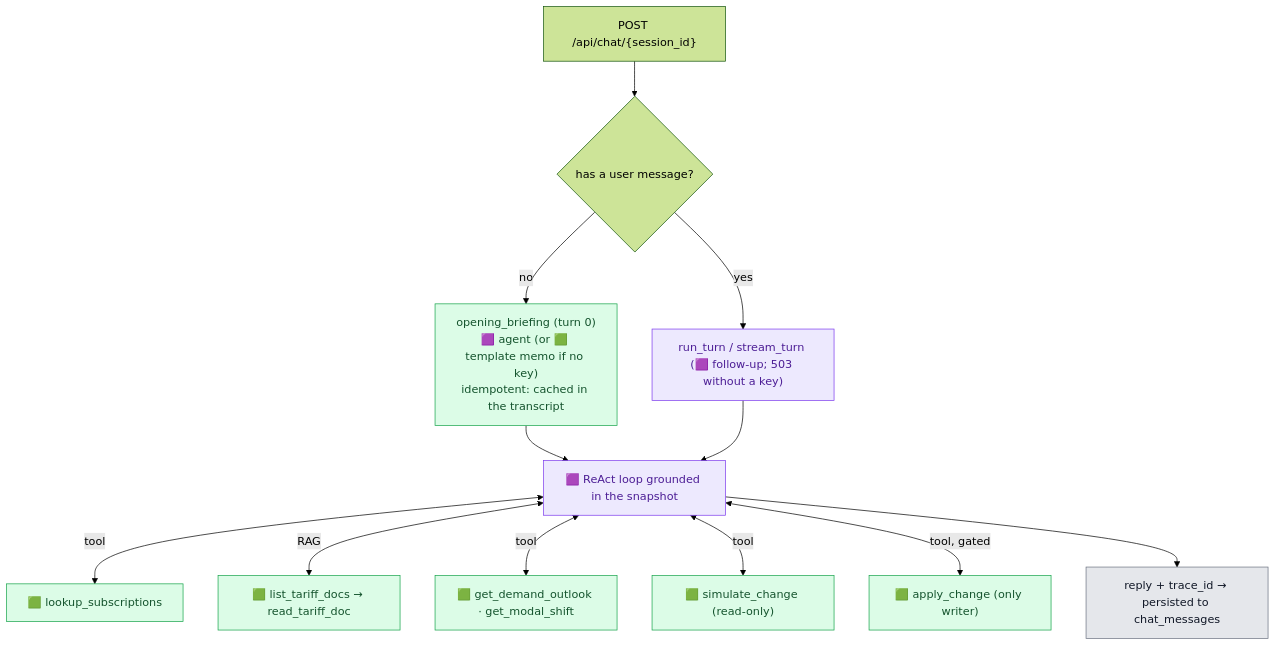
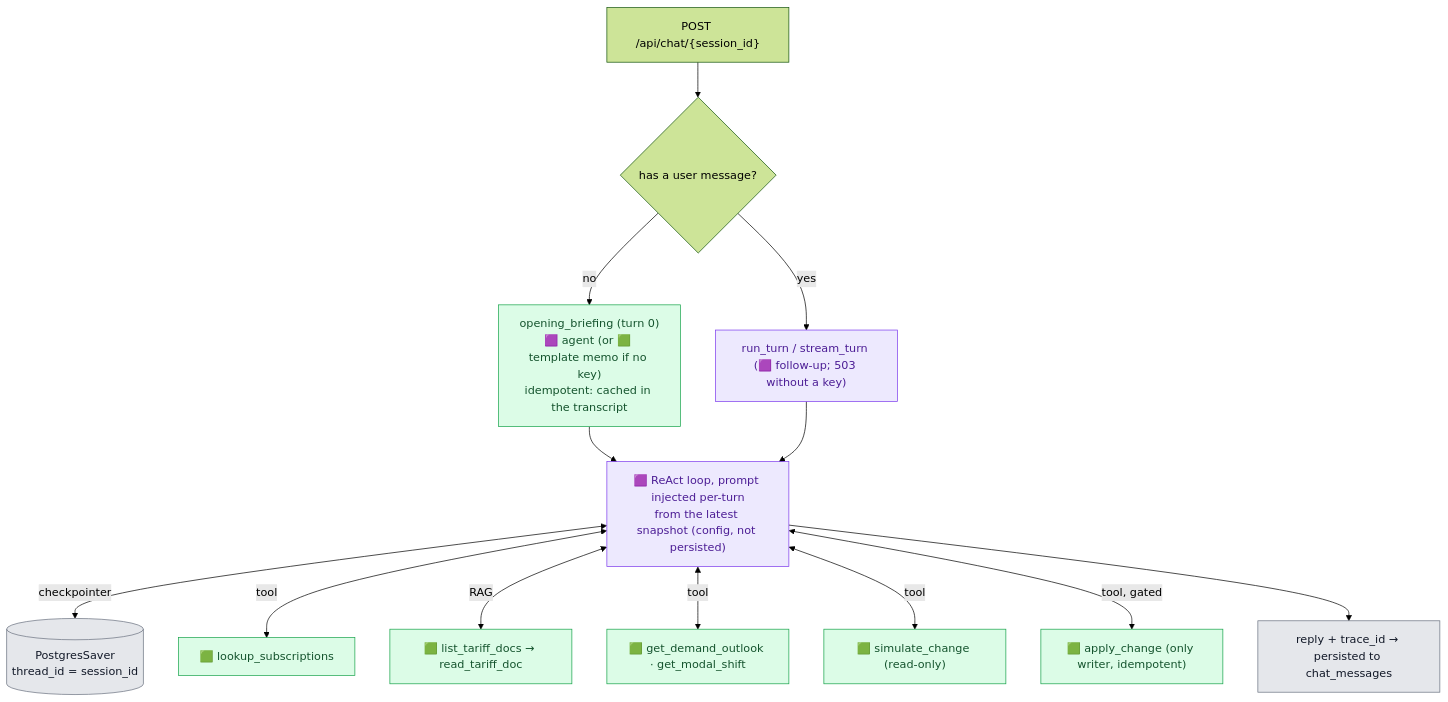
Before and after one commit to tjorgeo/AIIM_DB_mobility_advisior: the seventh of 13 diagrams in DELIVERABLES/BACKEND_ARCHITECTURE_REPORT.md, drawn with Mermaid (forest theme). The commit also changed other lines of this file and 19 other files, not shown here.

````diff
--- a/DELIVERABLES/BACKEND_ARCHITECTURE_REPORT.md
+++ b/DELIVERABLES/BACKEND_ARCHITECTURE_REPORT.md
@@ -271,21 +275,22 @@
 ```mermaid
 flowchart TD
     IN["POST /api/chat/{session_id}"] --> Q{"has a user message?"}
     Q -->|no| B["opening_briefing (turn 0)<br/>🟪 agent (or 🟩 template memo if no key)<br/>idempotent: cached in the transcript"]
     Q -->|yes| R["run_turn / stream_turn (🟪 follow-up; 503 without a key)"]
-    B & R --> AGENT["🟪 ReAct loop grounded in the snapshot"]
+    B & R --> AGENT["🟪 ReAct loop, prompt injected per-turn<br/>from the latest snapshot (config, not persisted)"]
 
+    AGENT <-->|checkpointer| CKPT[("PostgresSaver<br/>thread_id = session_id")]
     AGENT <-->|tool| T1["🟩 lookup_subscriptions"]
     AGENT <-->|RAG| T2["🟩 list_tariff_docs → read_tariff_doc"]
     AGENT <-->|tool| T3["🟩 get_demand_outlook · get_modal_shift"]
     AGENT <-->|tool| T4["🟩 simulate_change (read-only)"]
-    AGENT <-->|tool, gated| T5["🟩 apply_change (only writer)"]
+    AGENT <-->|tool, gated| T5["🟩 apply_change (only writer, idempotent)"]
     AGENT --> OUT["reply + trace_id → persisted to chat_messages"]
 
     classDef det fill:#dcfce7,stroke:#16a34a,color:#14532d;
     classDef agent fill:#ede9fe,stroke:#7c3aed,color:#4c1d95;
     classDef store fill:#e5e7eb,stroke:#6b7280,color:#111827;
     class T1,T2,T3,T4,T5,B det;
     class AGENT,R agent;
-    class OUT store;
+    class OUT,CKPT store;
 ```
````
